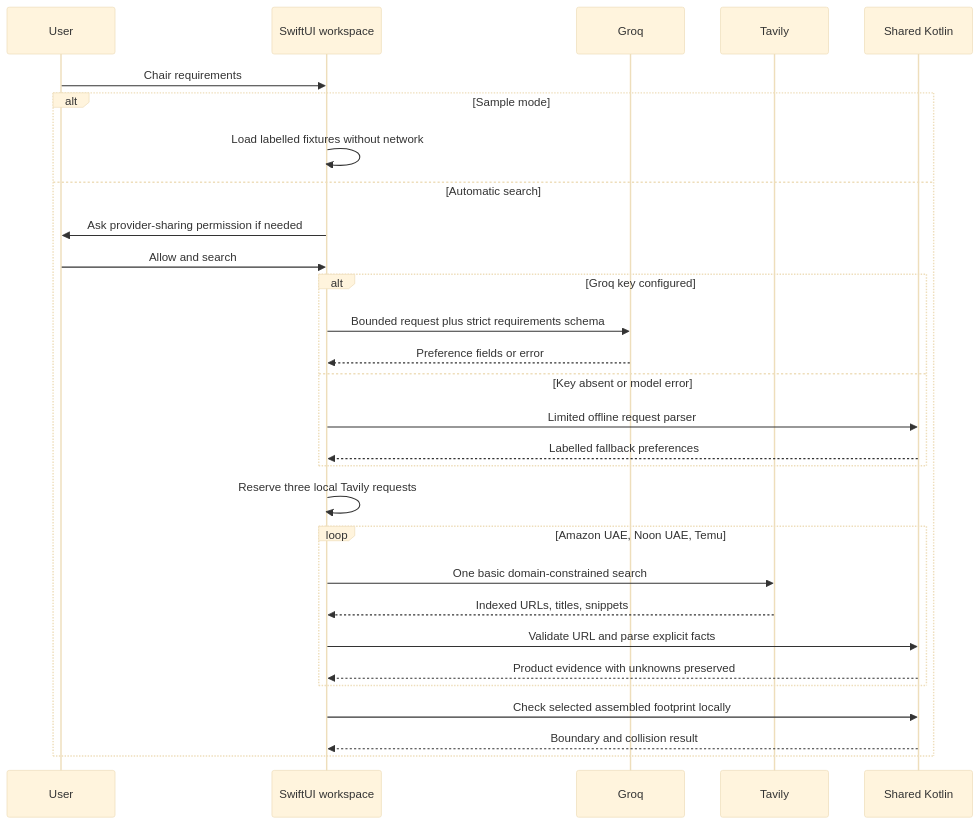
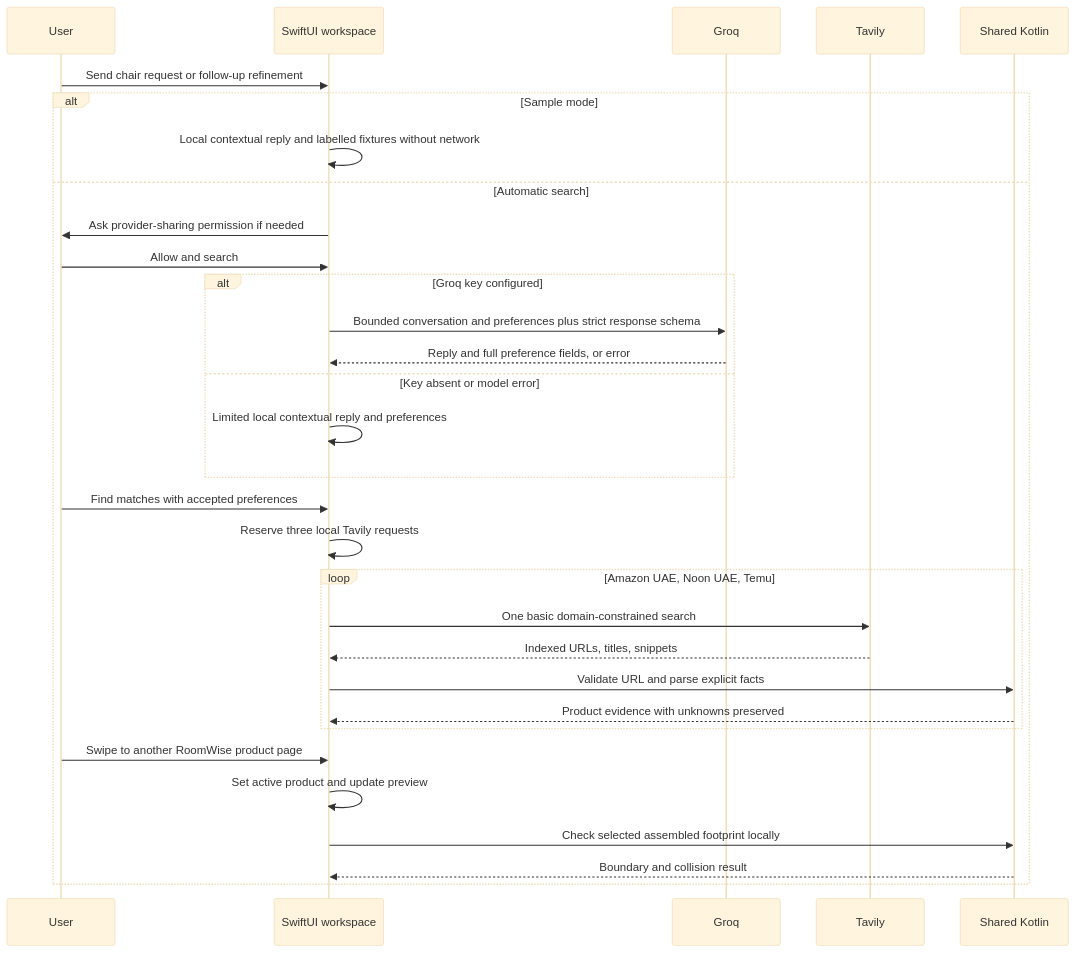
The diagram in docs/SHOPPING_PIPELINE.md (Ansester/RoomWise), drawn with Mermaid (base theme) before and after one commit. The commit also changed other lines of this file and 48 other files, not shown here.

````diff
--- a/docs/SHOPPING_PIPELINE.md
+++ b/docs/SHOPPING_PIPELINE.md
@@ -9,31 +9,33 @@
 ```mermaid
 sequenceDiagram
     participant U as User
     participant UI as SwiftUI workspace
     participant G as Groq
     participant T as Tavily
     participant K as Shared Kotlin
-    U->>UI: Chair requirements
+    U->>UI: Send chair request or follow-up refinement
     alt Sample mode
-        UI->>UI: Load labelled fixtures without network
+        UI->>UI: Local contextual reply and labelled fixtures without network
     else Automatic search
         UI->>U: Ask provider-sharing permission if needed
         U->>UI: Allow and search
         alt Groq key configured
-            UI->>G: Bounded request plus strict requirements schema
-            G-->>UI: Preference fields or error
+            UI->>G: Bounded conversation and preferences plus strict response schema
+            G-->>UI: Reply and full preference fields, or error
         else Key absent or model error
-            UI->>K: Limited offline request parser
-            K-->>UI: Labelled fallback preferences
+            UI->>UI: Limited local contextual reply and preferences
         end
+        U->>UI: Find matches with accepted preferences
         UI->>UI: Reserve three local Tavily requests
         loop Amazon UAE, Noon UAE, Temu
             UI->>T: One basic domain-constrained search
             T-->>UI: Indexed URLs, titles, snippets
             UI->>K: Validate URL and parse explicit facts
             K-->>UI: Product evidence with unknowns preserved
         end
+        U->>UI: Swipe to another RoomWise product page
+        UI->>UI: Set active product and update preview
         UI->>K: Check selected assembled footprint locally
         K-->>UI: Boundary and collision result
     end
 ```
````
